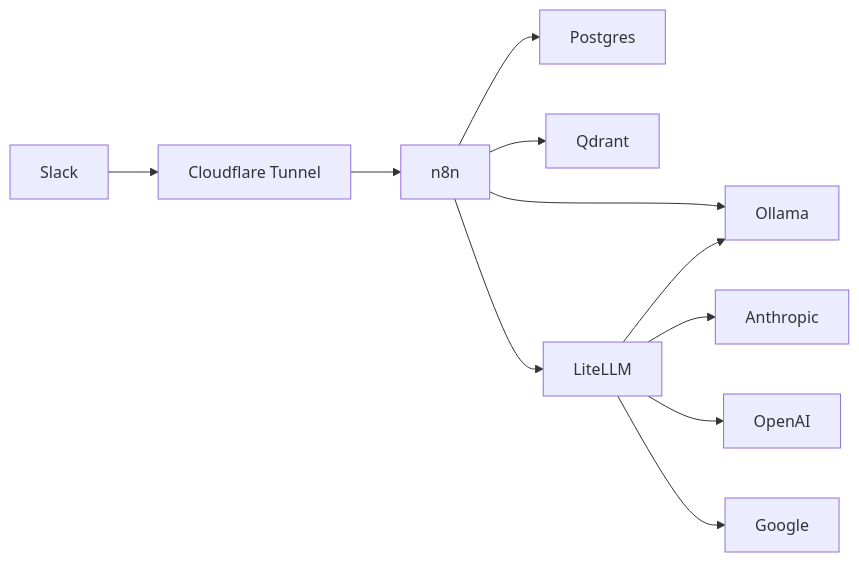
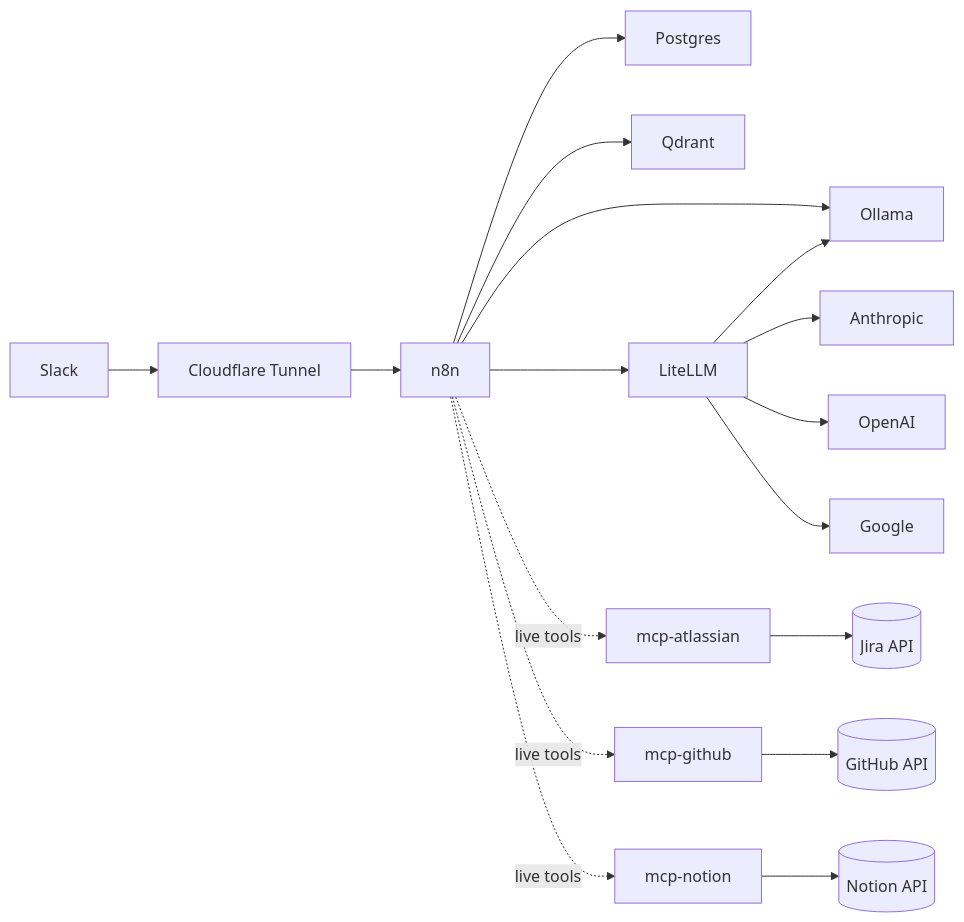
One commit to anthonycoffey/_agent changed the diagram in docs/architecture/overview.md. Above: the diagram before and after it, drawn with Mermaid. The commit also changed other lines of this file and 7 other files, not shown here.

First line of the commit message:
docs: sweep stale documentation after MCP fleet + Notion writes

````diff
--- a/docs/architecture/overview.md
+++ b/docs/architecture/overview.md
@@ -52,13 +55,20 @@
 ```mermaid
 flowchart LR
   Slack[Slack] --> CF[Cloudflare Tunnel]
   CF --> N8N[n8n]
   N8N --> Postgres
   N8N --> Qdrant
   N8N --> Ollama
   N8N --> LiteLLM
   LiteLLM --> Anthropic
   LiteLLM --> OpenAI
   LiteLLM --> Google
   LiteLLM --> Ollama
+
+  N8N -.live tools.-> MCP_ATL[mcp-atlassian]
+  N8N -.live tools.-> MCP_GH[mcp-github]
+  N8N -.live tools.-> MCP_NTN[mcp-notion]
+  MCP_ATL --> Jira[(Jira API)]
+  MCP_GH --> GitHub[(GitHub API)]
+  MCP_NTN --> Notion[(Notion API)]
 ```
````
